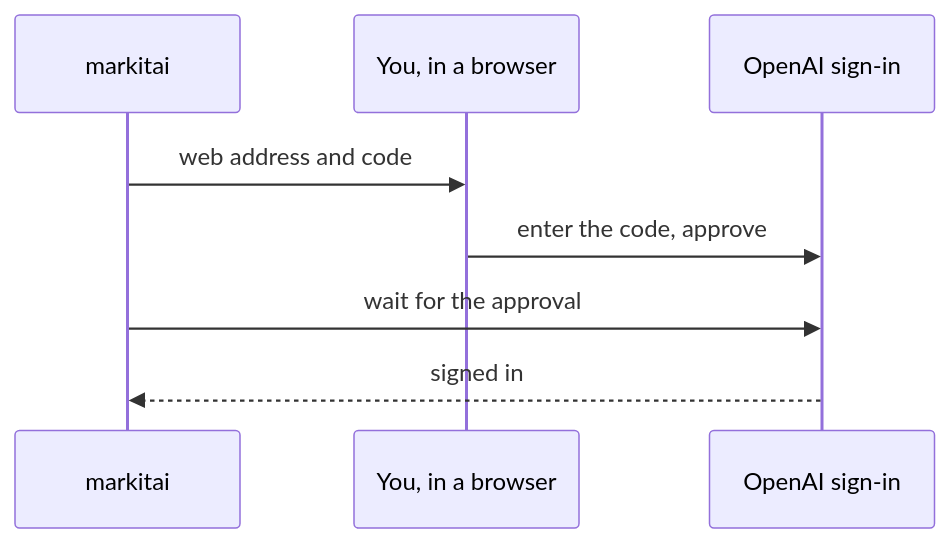
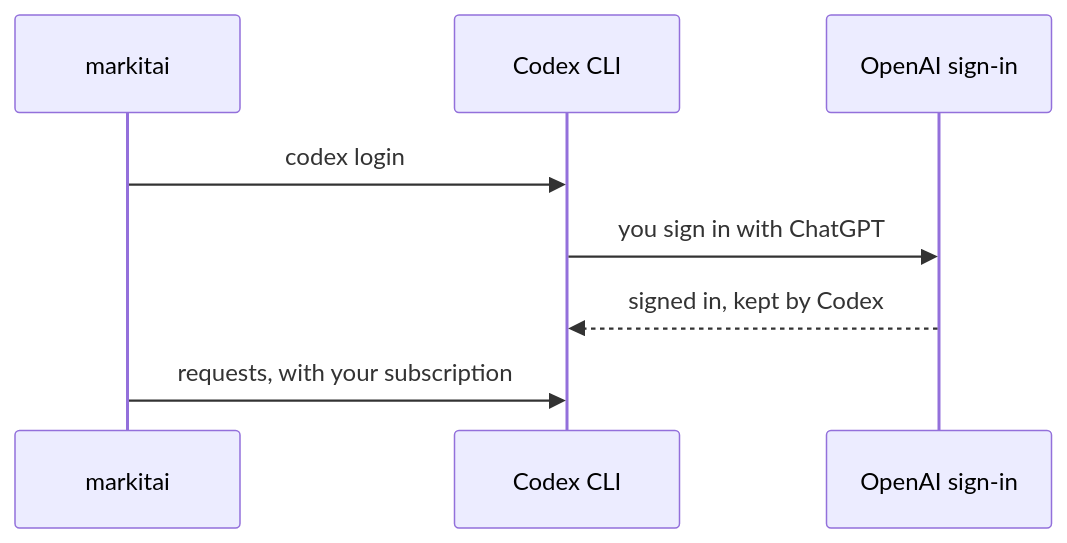
The diagram in website/guide/subscription-chatgpt.md (Ynewtime/markitai), drawn with Mermaid before and after one commit. The commit also changed other lines of this file and 38 other files, not shown here.

````diff
--- a/website/guide/subscription-chatgpt.md
+++ b/website/guide/subscription-chatgpt.md
@@ -11,10 +12,10 @@
 ```mermaid
 sequenceDiagram
   participant M as markitai
-  participant Y as You, in a browser
+  participant C as Codex CLI
   participant O as OpenAI sign-in
-  M->>Y: web address and code
-  Y->>O: enter the code, approve
-  M->>O: wait for the approval
-  O-->>M: signed in
+  M->>C: codex login
+  C->>O: you sign in with ChatGPT
+  O-->>C: signed in, kept by Codex
+  M->>C: requests, with your subscription
 ```
````
